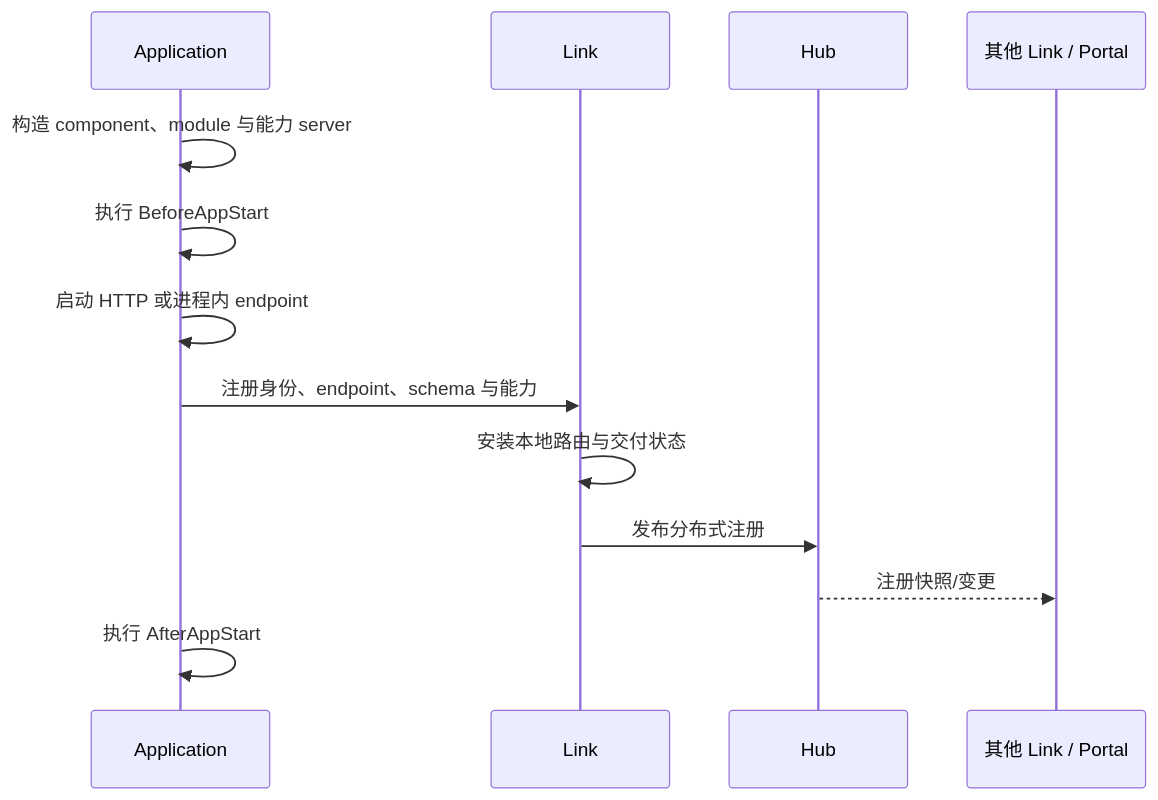
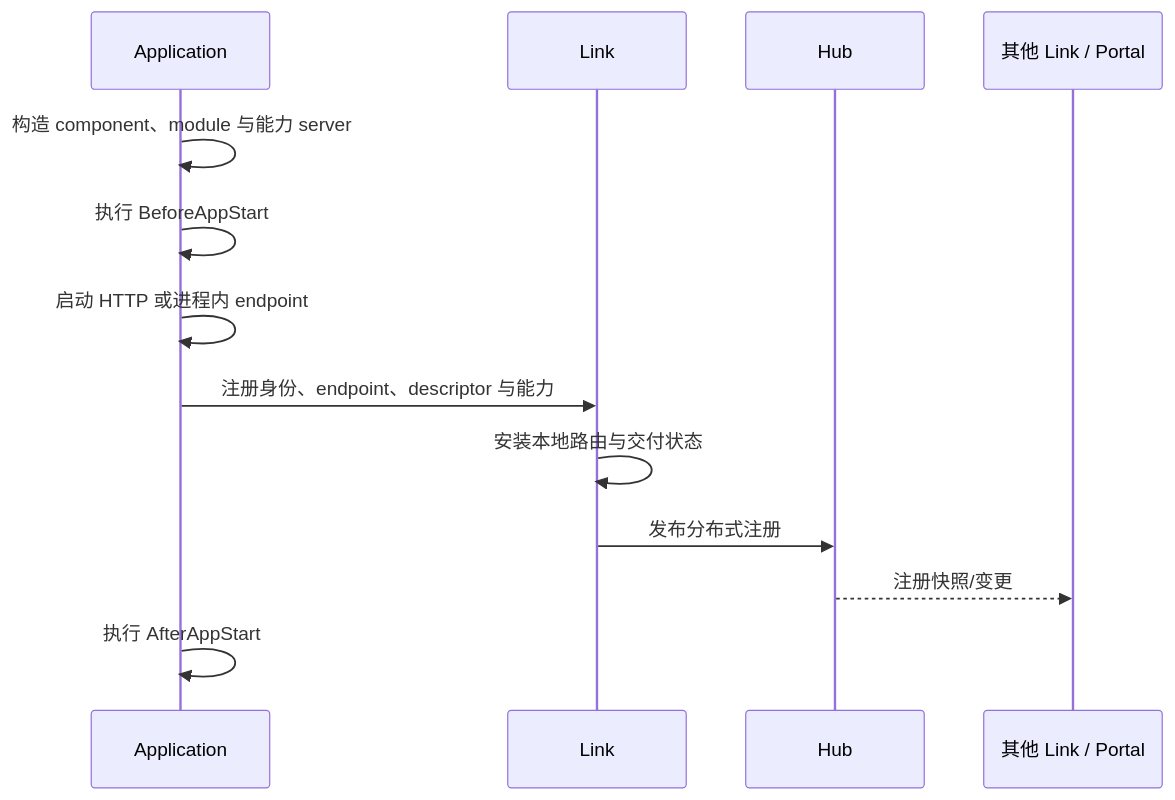
One commit to yorun-ai/vine-site changed the fourth of 5 diagrams in i18n/zh-CN/docusaurus-plugin-content-docs/current/runtime/mechanisms.md. Above: the diagram before and after it, drawn with Mermaid. The commit also changed other lines of this file and 20 other files, not shown here.

````diff
--- a/i18n/zh-CN/docusaurus-plugin-content-docs/current/runtime/mechanisms.md
+++ b/i18n/zh-CN/docusaurus-plugin-content-docs/current/runtime/mechanisms.md
@@ -168,16 +168,16 @@
 ```mermaid
 sequenceDiagram
   participant App as Application
   participant RuntimeLink as Link
   participant Hub
   participant Peer as 其他 Link / Portal
 
   App->>App: 构造 component、module 与能力 server
   App->>App: 执行 BeforeAppStart
   App->>App: 启动 HTTP 或进程内 endpoint
-  App->>RuntimeLink: 注册身份、endpoint、schema 与能力
+  App->>RuntimeLink: 注册身份、endpoint、descriptor 与能力
   RuntimeLink->>RuntimeLink: 安装本地路由与交付状态
   RuntimeLink->>Hub: 发布分布式注册
   Hub-->>Peer: 注册快照/变更
   App->>App: 执行 AfterAppStart
 ```
````
